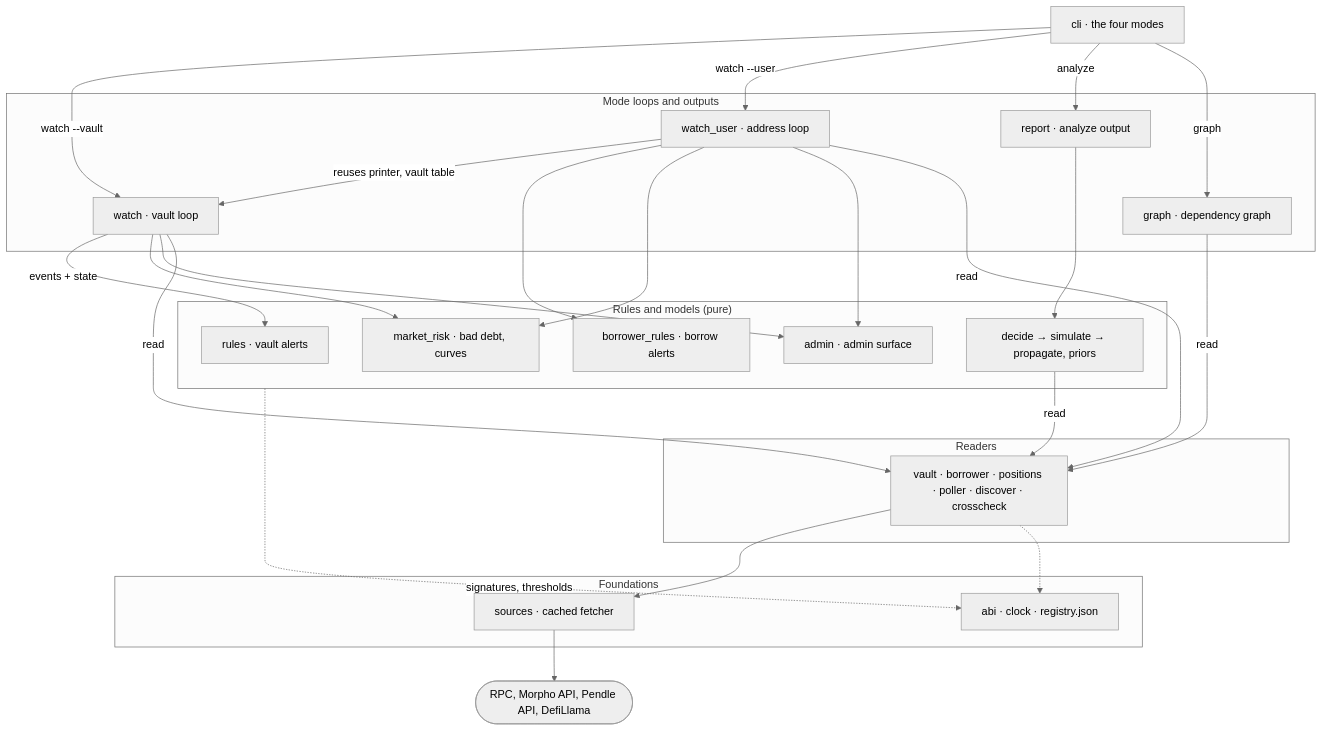
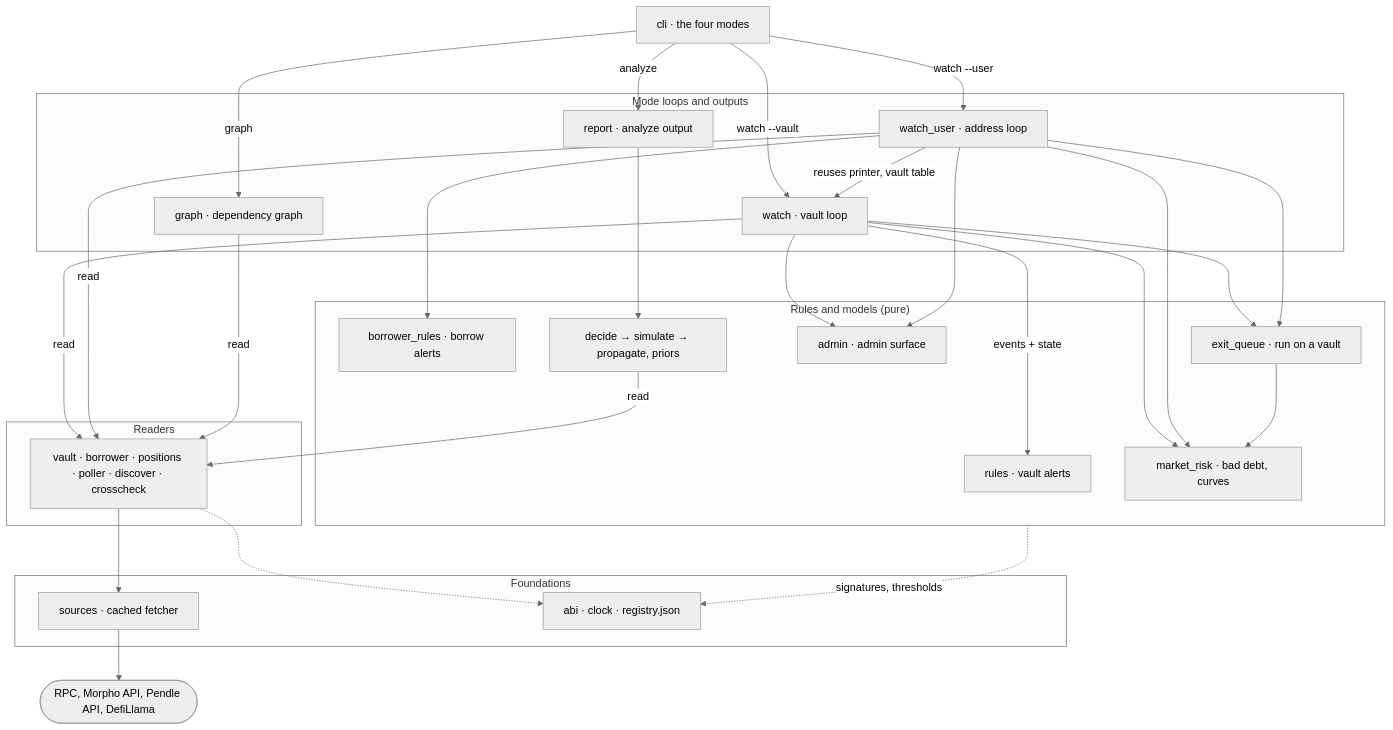
The first of 3 diagrams in ARCHITECTURE.md (rya-sge/defi-monitoring), drawn with Mermaid (neutral theme) before and after one commit. The commit also changed other lines of this file and 16 other files, not shown here.

Commit message:
feat: add exit queue model and ExitQueue alert for vault depositors in both watches

````diff
--- a/ARCHITECTURE.md
+++ b/ARCHITECTURE.md
@@ -35,46 +35,50 @@
 ```mermaid
 flowchart TB
   cli["cli · the four modes"]
   subgraph Loops["Mode loops and outputs"]
     watch["watch · vault loop"]
     watch_user["watch_user · address loop"]
     report["report · analyze output"]
     graphmod["graph · dependency graph"]
   end
   subgraph Rules["Rules and models (pure)"]
     rules["rules · vault alerts"]
     borrower_rules["borrower_rules · borrow alerts"]
     market_risk["market_risk · bad debt, curves"]
+    exit_queue["exit_queue · run on a vault"]
     admin["admin · admin surface"]
     model["decide → simulate → propagate, priors"]
   end
   subgraph Readers["Readers"]
     readers["vault · borrower · positions · poller · discover · crosscheck"]
   end
   subgraph Base["Foundations"]
     sources["sources · cached fetcher"]
     base["abi · clock · registry.json"]
   end
   net(["RPC, Morpho API, Pendle API, DefiLlama"])
 
   cli -->|"watch --vault"| watch
   cli -->|"watch --user"| watch_user
   cli -->|"analyze"| report
   cli -->|"graph"| graphmod
   watch_user -->|"reuses printer, vault table"| watch
   watch -->|"events + state"| rules
   watch --> market_risk
+  watch --> exit_queue
   watch_user --> borrower_rules
   watch_user --> market_risk
+  watch_user --> exit_queue
+  exit_queue --> market_risk
   watch --> admin
   watch_user --> admin
   report --> model
   watch -->|"read"| readers
   watch_user -->|"read"| readers
   graphmod -->|"read"| readers
   model -->|"read"| readers
   readers --> sources
   sources --> net
   Rules -.->|"signatures, thresholds"| base
   readers -.-> base
 ```
````
